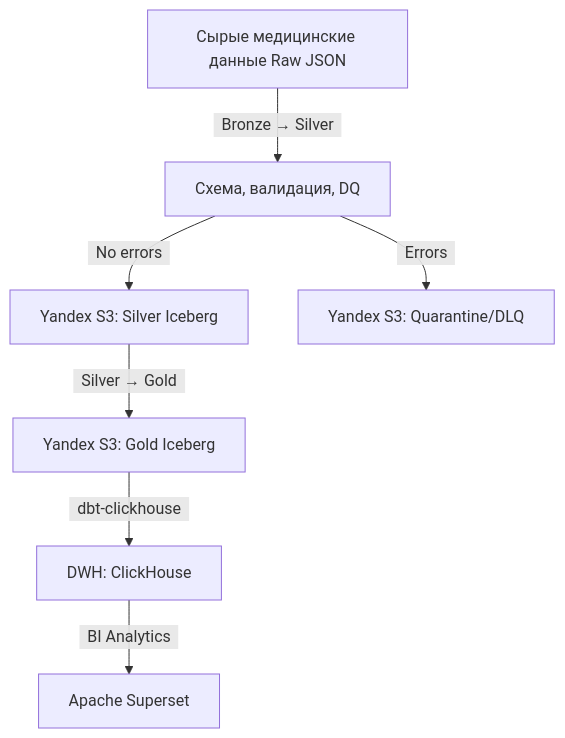
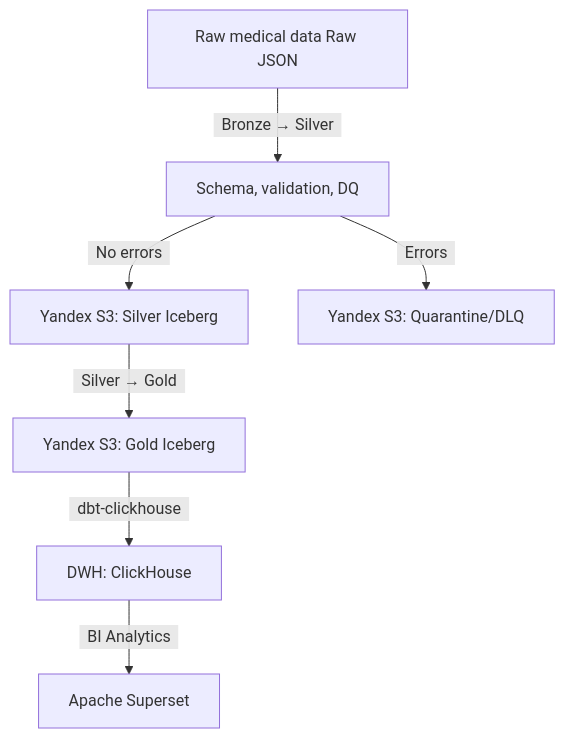
Before and after one commit to VasinDK/spark_med_analytics: the first of 3 diagrams in README.md, drawn with Mermaid. The commit also changed other lines of this file and 22 other files, not shown here.

````diff
--- a/README.md
+++ b/README.md
@@ -11,11 +13,11 @@
 ```mermaid
 graph TD
-    RAW[Сырые медицинские данные Raw JSON] -->|&nbsp; Bronze → Silver &nbsp;| VAL[Схема, валидация, DQ]
+    RAW[Raw medical data Raw JSON] -->|&nbsp; Bronze → Silver &nbsp;| VAL[Schema, validation, DQ]
     
     VAL -->|&nbsp; No errors &nbsp;| SLV[Yandex S3: Silver Iceberg]
     VAL -->|&nbsp; Errors &nbsp;| DLQ[Yandex S3: Quarantine/DLQ]
     
     SLV -->|&nbsp; Silver → Gold &nbsp;| GLD[Yandex S3: Gold Iceberg]
     GLD -->|&nbsp; dbt-clickhouse &nbsp;| CH[DWH: ClickHouse]
     CH -->|&nbsp; BI Analytics &nbsp;| SUP[Apache Superset]
 ```
````
